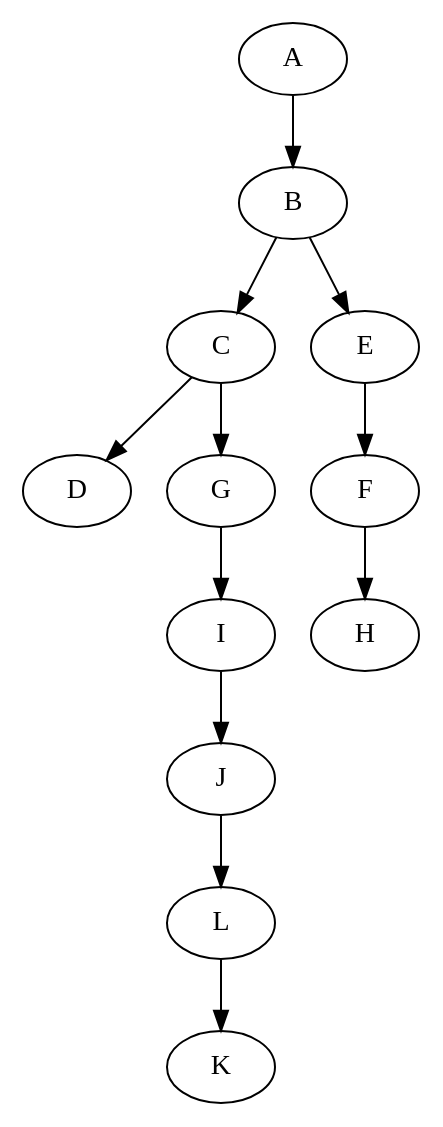
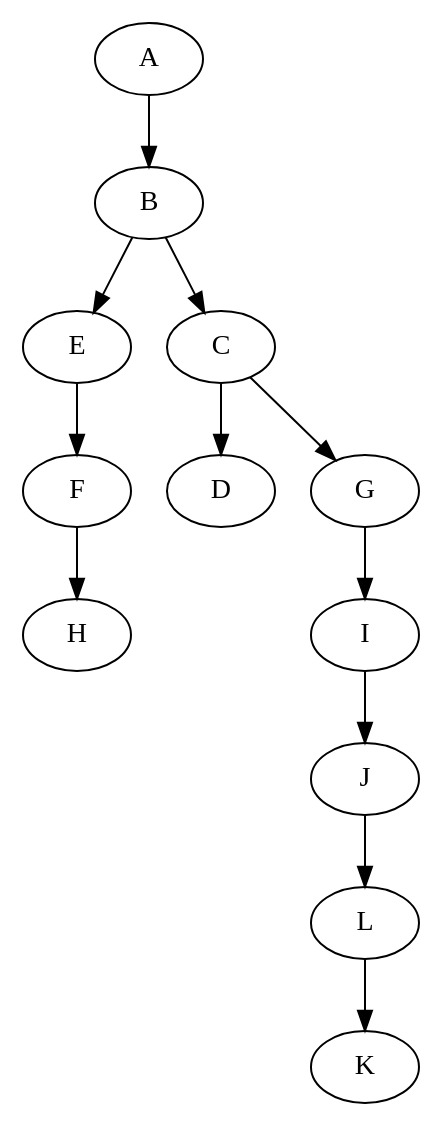
One commit to Sato08/MST changed the diagram in app_mst_prim.gv. Above: the diagram before and after it, drawn with Graphviz. The commit also changed other lines of this file and 1 other file, not shown here.

```diff
--- a/app_mst_prim.gv
+++ b/app_mst_prim.gv
@@ -1,13 +1,13 @@
 digraph G {
 	A -> B
+	B -> E
 	B -> C
-	B -> E
 	C -> D
 	C -> G
 	G -> I
 	I -> J
 	E -> F
 	J -> L
 	L -> K
 	F -> H
 }
```
